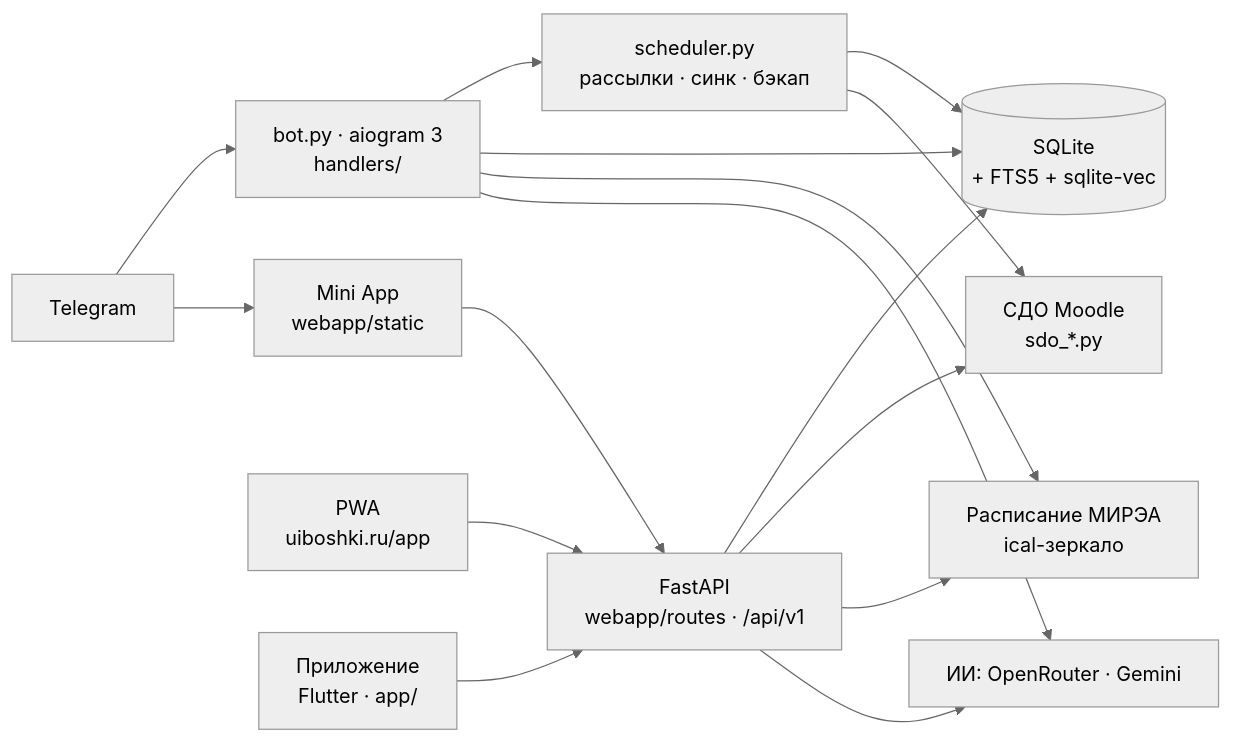
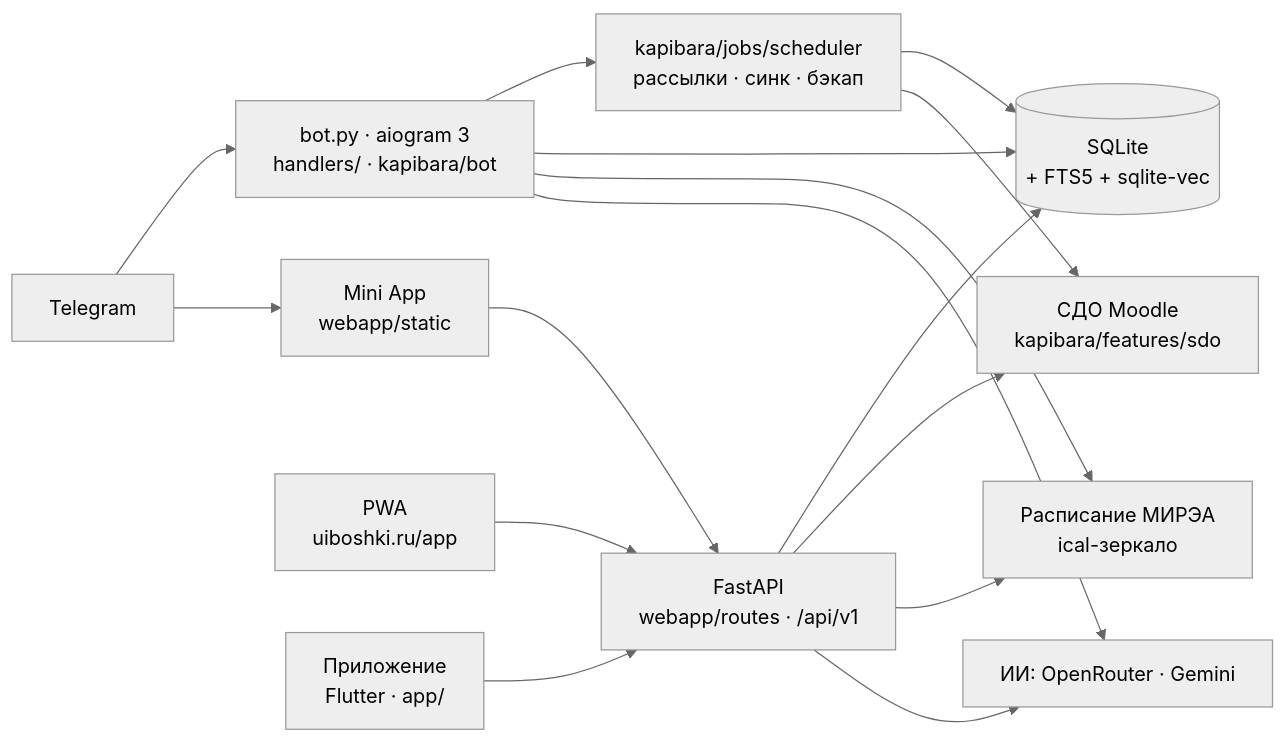
One commit to mekit54567/uiboshki-bot changed the diagram in README.md. Above: the diagram before and after it, drawn with Mermaid (neutral theme). The commit also changed other lines of this file and 11 other files, not shown here.

````diff
--- a/README.md
+++ b/README.md
@@ -179,13 +183,13 @@
 ```mermaid
 flowchart LR
-    TG[Telegram] --> BOT["bot.py · aiogram 3<br/>handlers/"]
+    TG[Telegram] --> BOT["bot.py · aiogram 3<br/>handlers/ · kapibara/bot"]
     TG --> APP["Mini App<br/>webapp/static"]
     WEB["PWA<br/>uiboshki.ru/app"] --> API
     FL["Приложение<br/>Flutter · app/"] --> API
     APP --> API["FastAPI<br/>webapp/routes · /api/v1"]
-    BOT --> SCH["scheduler.py<br/>рассылки · синк · бэкап"]
+    BOT --> SCH["kapibara/jobs/scheduler<br/>рассылки · синк · бэкап"]
     BOT & API & SCH --> DB[("SQLite<br/>+ FTS5 + sqlite-vec")]
-    API & SCH --> SDO["СДО Moodle<br/>sdo_*.py"]
+    API & SCH --> SDO["СДО Moodle<br/>kapibara/features/sdo"]
     API & BOT --> MIREA["Расписание МИРЭА<br/>ical-зеркало"]
     API & BOT --> AI["ИИ: OpenRouter · Gemini"]
 ```
````
